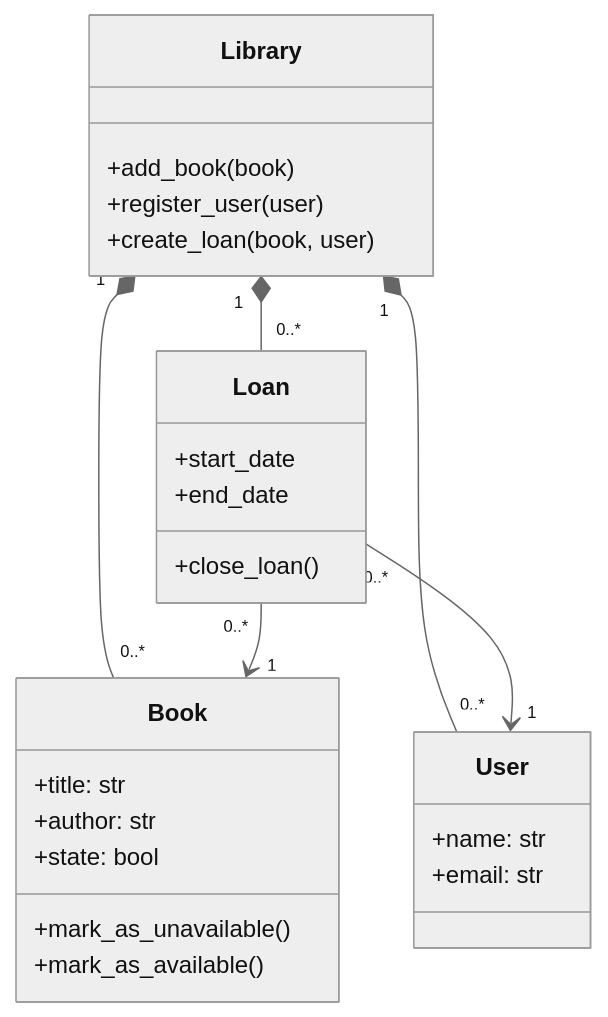
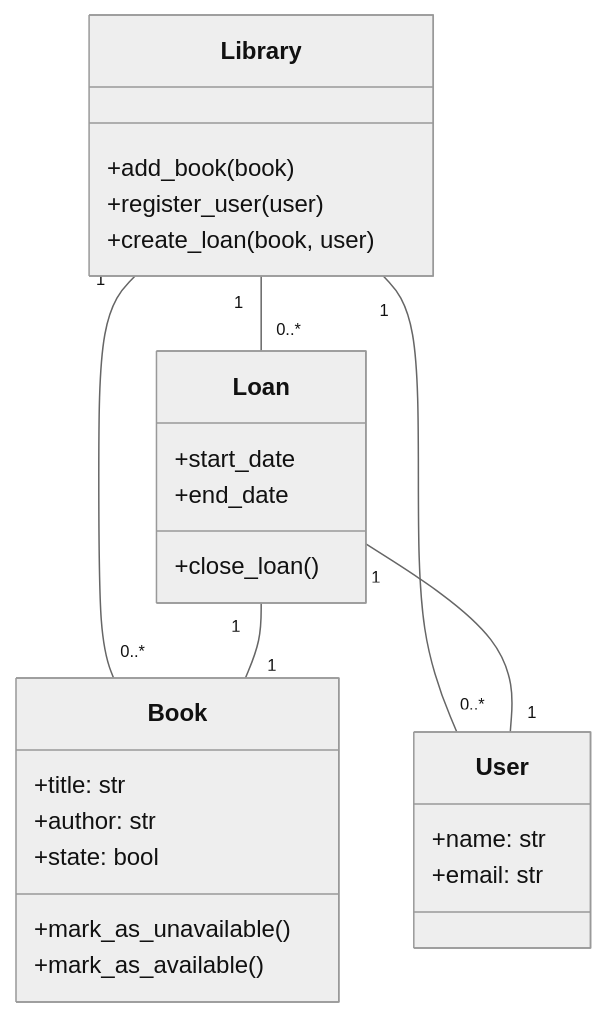
One commit to rhilesfekkai/sw_design_architecture changed the diagram in uml_intro/0-class_diagram.mmd. Above: the diagram before and after it, drawn with Mermaid (neutral theme).

Commit message:
Fix class diagram syntax and relationships

```diff
--- a/uml_intro/0-class_diagram.mmd
+++ b/uml_intro/0-class_diagram.mmd
@@ -1,31 +1,31 @@
 classDiagram
     class Library {
         +add_book(book)
         +register_user(user)
         +create_loan(book, user)
     }
 
     class Book {
         +title: str
         +author: str
         +state: bool
         +mark_as_unavailable()
         +mark_as_available()
     }
 
     class User {
         +name: str
         +email: str
     }
 
     class Loan {
         +start_date
         +end_date
         +close_loan()
     }
 
-    Library "1" *-- "0..*" Book
-    Library "1" *-- "0..*" User
-    Library "1" *-- "0..*" Loan
-    Loan "0..*" --> "1" Book
-    Loan "0..*" --> "1" User
+    Library "1" -- "0..*" Book
+    Library "1" -- "0..*" User
+    Library "1" -- "0..*" Loan
+    Loan "1" -- "1" Book
+    Loan "1" -- "1" User
```
